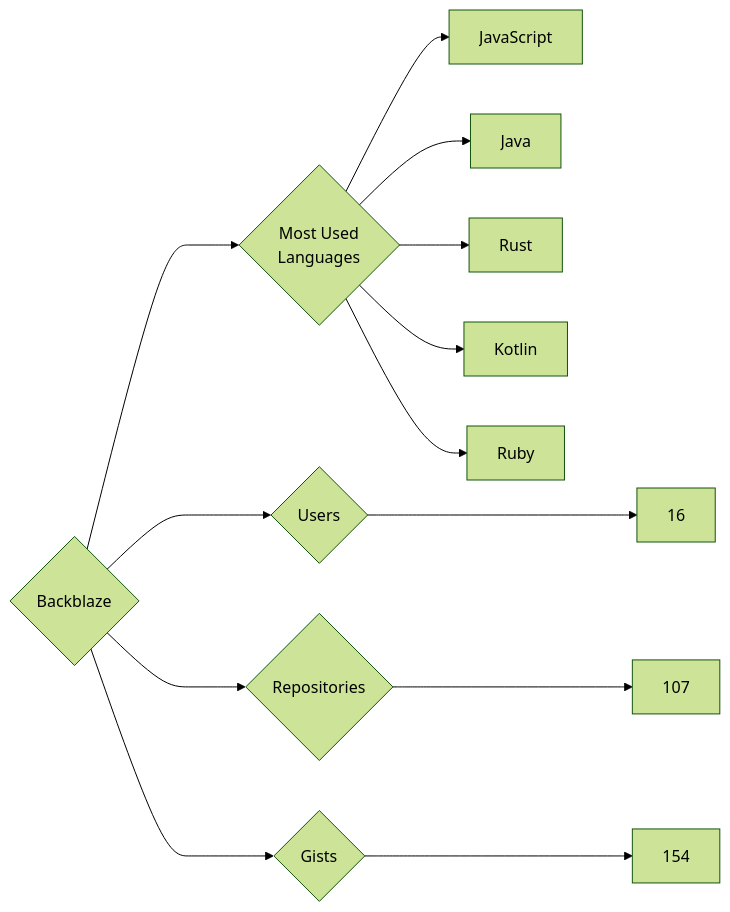
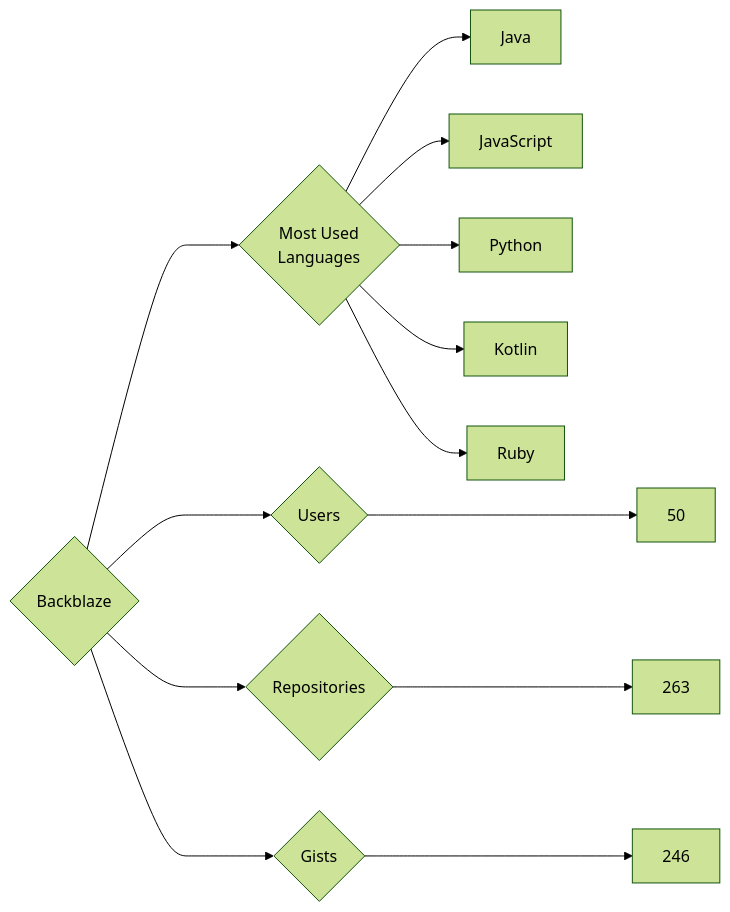
One commit to trickest/insiders changed the diagram in targets/Backblaze/README.md. Above: the diagram before and after it, drawn with Mermaid (forest theme). The commit also changed 639 other files, not shown here.

````diff
--- a/targets/Backblaze/README.md
+++ b/targets/Backblaze/README.md
@@ -3,13 +3,13 @@
 ```mermaid
 graph LR
 COMPANY_NAME{Backblaze}
-COMPANY_NAME ---> U{Users} ---> UN[16]
-COMPANY_NAME ---> R{Repositories} ---> RN[107]
-COMPANY_NAME ---> G{Gists} ---> GN[154]
+COMPANY_NAME ---> U{Users} ---> UN[50]
+COMPANY_NAME ---> R{Repositories} ---> RN[263]
+COMPANY_NAME ---> G{Gists} ---> GN[246]
 COMPANY_NAME ---> ML{Most Used<br>Languages}
+ML --> Java[Java]
 ML --> JavaScript[JavaScript]
-ML --> Java[Java]
-ML --> Rust[Rust]
+ML --> Python[Python]
 ML --> Kotlin[Kotlin]
 ML --> Ruby[Ruby]
 ```
````
